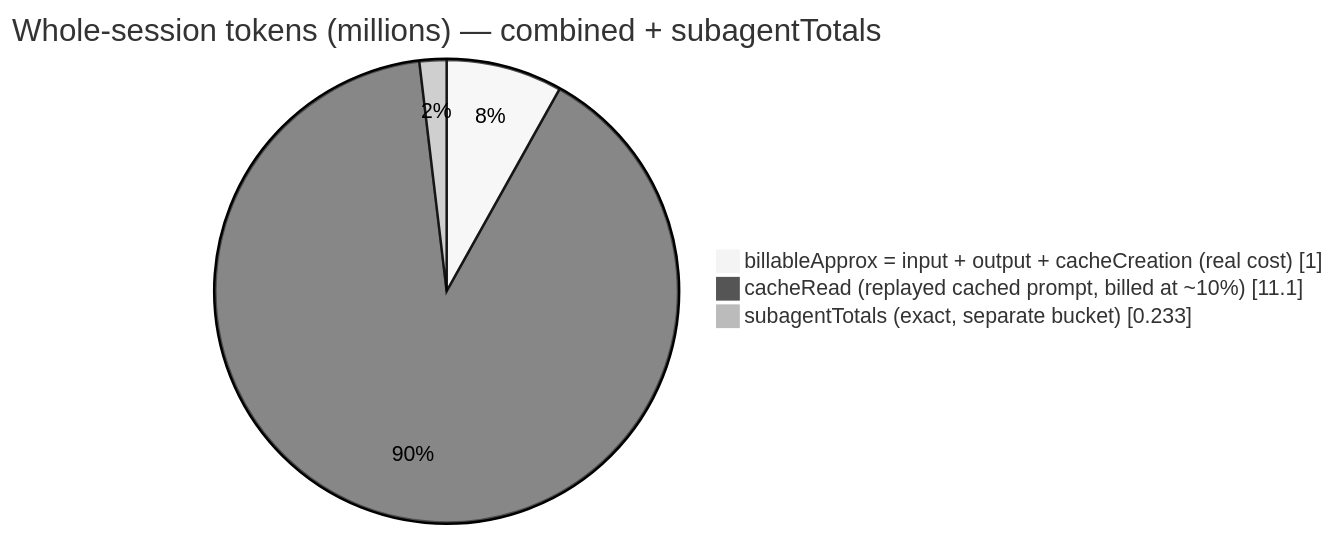
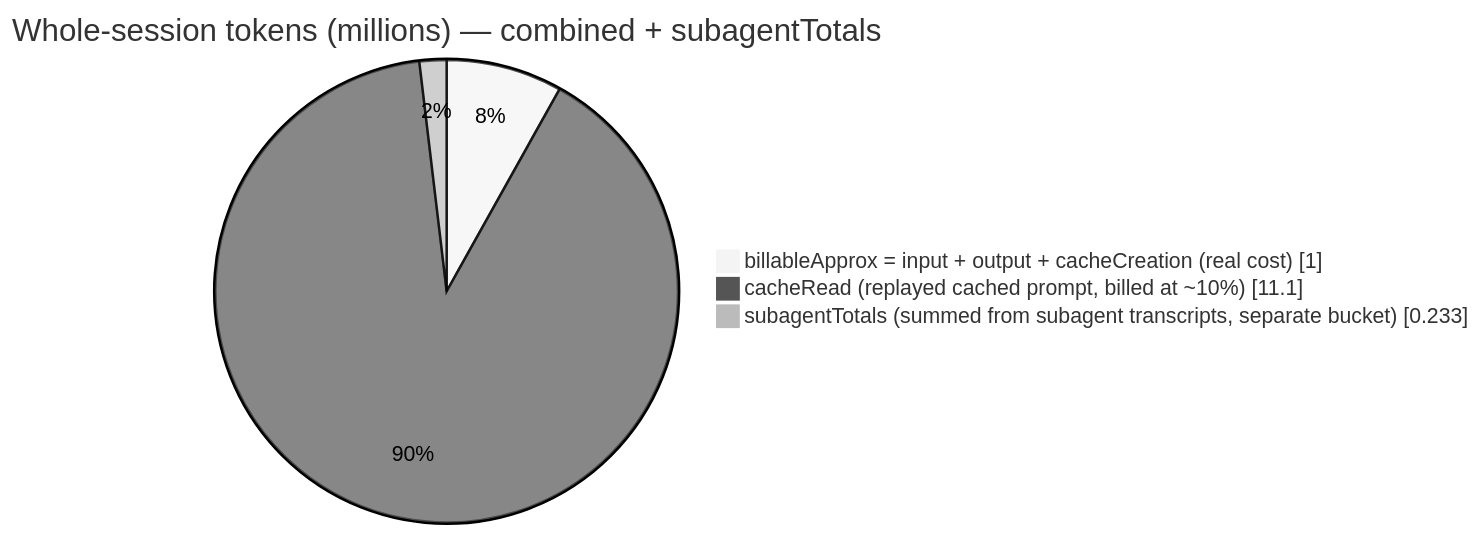
Before and after one commit to futin/claude-agents-dashboard: the fourth of 6 diagrams in docs/learning-notes/kaizen-and-analytics-diagrams.md, drawn with Mermaid (neutral theme). The commit also changed other lines of this file and 42 other files, not shown here.

````diff
--- a/docs/learning-notes/kaizen-and-analytics-diagrams.md
+++ b/docs/learning-notes/kaizen-and-analytics-diagrams.md
@@ -139,6 +139,6 @@
 ```mermaid
 pie showData title Whole-session tokens (millions) — combined + subagentTotals
     "billableApprox = input + output + cacheCreation (real cost)" : 1.0
     "cacheRead (replayed cached prompt, billed at ~10%)" : 11.1
-    "subagentTotals (exact, separate bucket)" : 0.233
+    "subagentTotals (summed from subagent transcripts, separate bucket)" : 0.233
 ```
````
